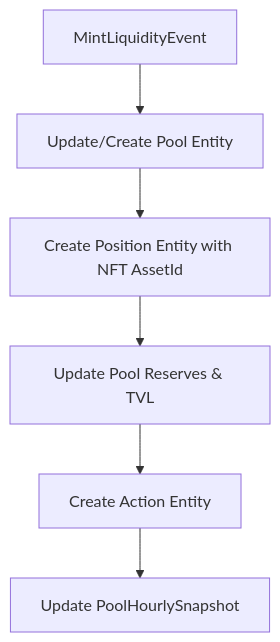
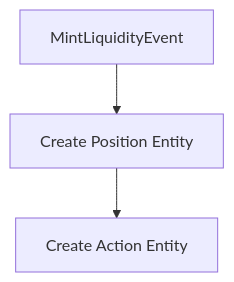
Before and after one commit to mira-amm/mira-amm-web: the first of 4 diagrams in docs/v2-event-flowcharts.md, drawn with Mermaid. The commit also changed other lines of this file and 1 other file, not shown here.

````diff
--- a/docs/v2-event-flowcharts.md
+++ b/docs/v2-event-flowcharts.md
@@ -29,8 +28,5 @@
 ```mermaid
 graph TD
-    A[MintLiquidityEvent] --> B[Update/Create Pool Entity]
-    B --> C[Create Position Entity with NFT AssetId]
-    C --> D[Update Pool Reserves & TVL]
-    D --> E[Create Action Entity]
-    E --> F[Update PoolHourlySnapshot]
+    A[MintLiquidityEvent] --> B[Create Position Entity]
+    B --> C[Create Action Entity]
 ```
````
